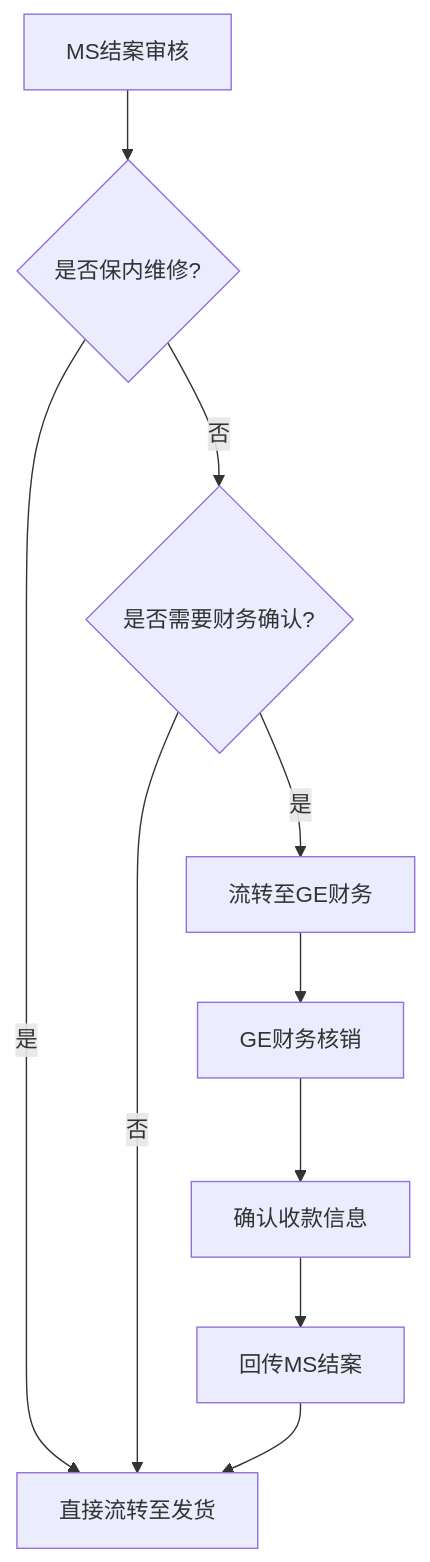
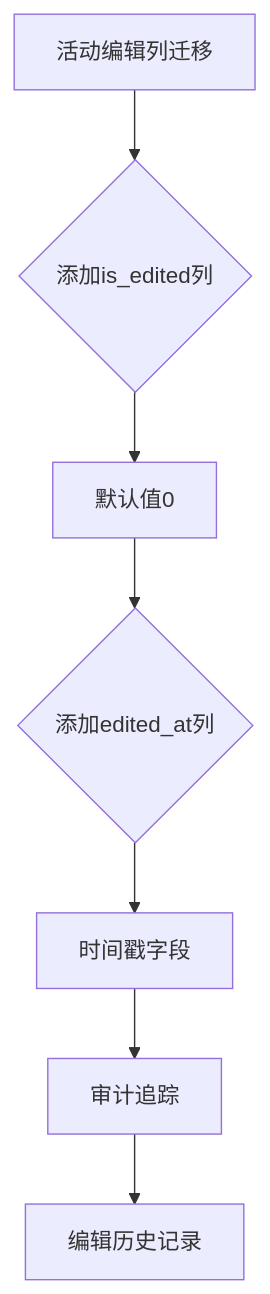
Before and after one commit to CubeEdge/Longhorn: diagram 24 of 30 in .qoder/repowiki/zh/content/前端组件架构/服务工作流增强/服务工作流增强.md, drawn with Mermaid. The commit also changed other lines of this file and 31 other files, not shown here.

````diff
--- a/.qoder/repowiki/zh/content/前端组件架构/服务工作流增强/服务工作流增强.md
+++ b/.qoder/repowiki/zh/content/前端组件架构/服务工作流增强/服务工作流增强.md
@@ -1057,12 +1032,9 @@
 ```mermaid
 flowchart TD
-A[MS结案审核] --> B{是否保内维修?}
-B --> |是| C[直接流转至发货]
-B --> |否| D{是否需要财务确认?}
-D --> |是| E[流转至GE财务]
-D --> |否| C
-E --> F[GE财务核销]
-F --> G[确认收款信息]
-G --> H[回传MS结案]
-H --> C
+A[活动编辑列迁移] --> B{添加is_edited列}
+B --> C[默认值0]
+C --> D{添加edited_at列}
+D --> E[时间戳字段]
+E --> F[审计追踪]
+F --> G[编辑历史记录]
 ```
````
